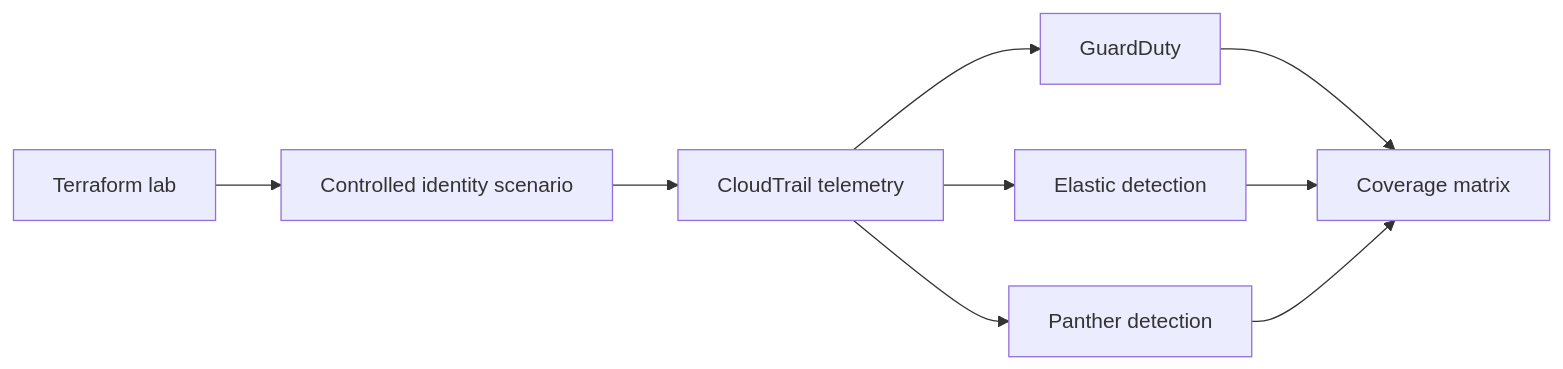
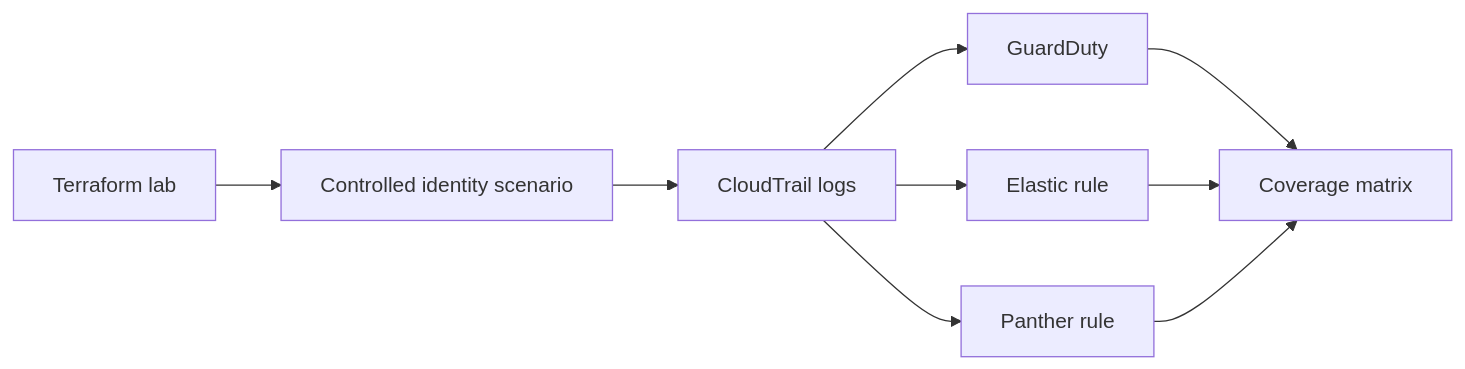
Before and after one commit to Emanuel-Walker/cyber-portfolio: the diagram in 04-identity-cloud-ir/README.md, drawn with Mermaid. The commit also changed other lines of this file and 3 other files, not shown here.

````diff
--- a/04-identity-cloud-ir/README.md
+++ b/04-identity-cloud-ir/README.md
@@ -7,11 +15,11 @@
 ```mermaid
 flowchart LR
     A[Terraform lab] --> B[Controlled identity scenario]
-    B --> C[CloudTrail telemetry]
+    B --> C[CloudTrail logs]
     C --> D[GuardDuty]
-    C --> E[Elastic detection]
-    C --> F[Panther detection]
+    C --> E[Elastic rule]
+    C --> F[Panther rule]
     D --> G[Coverage matrix]
     E --> G
     F --> G
 ```
````
